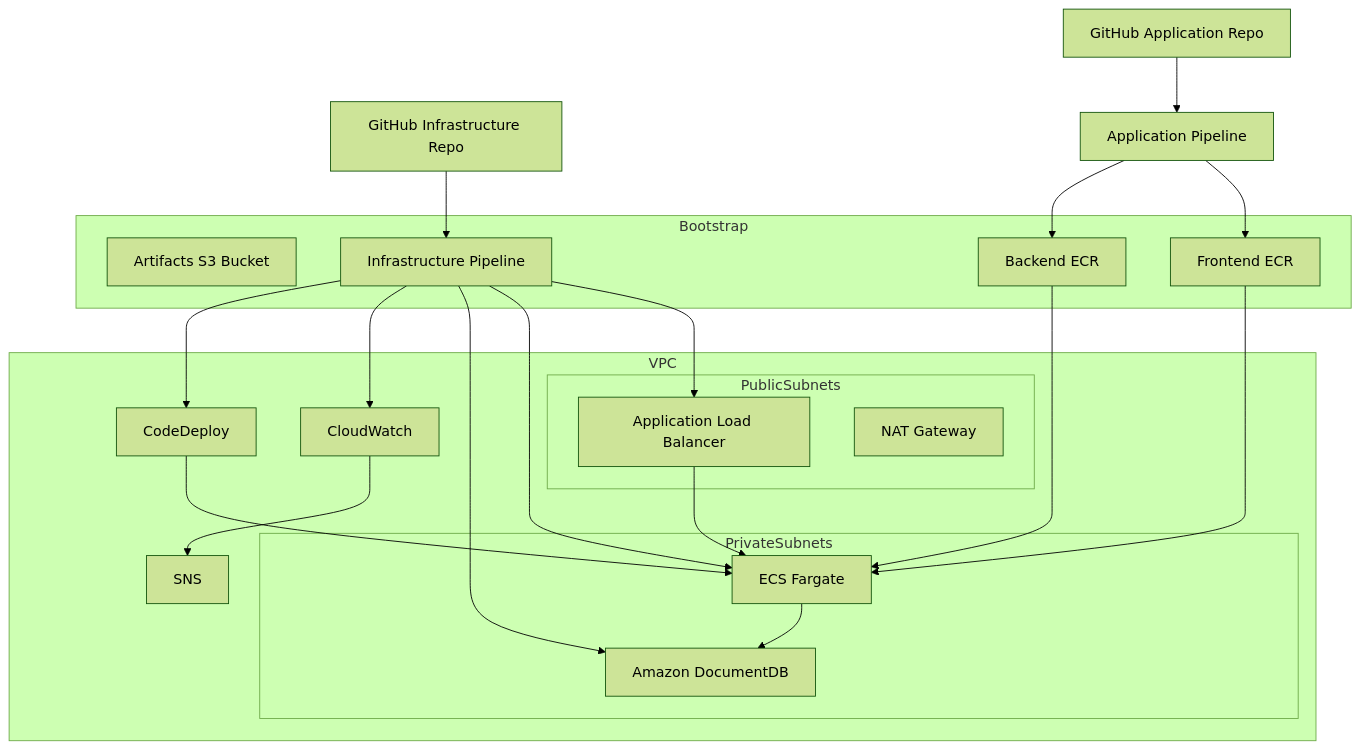
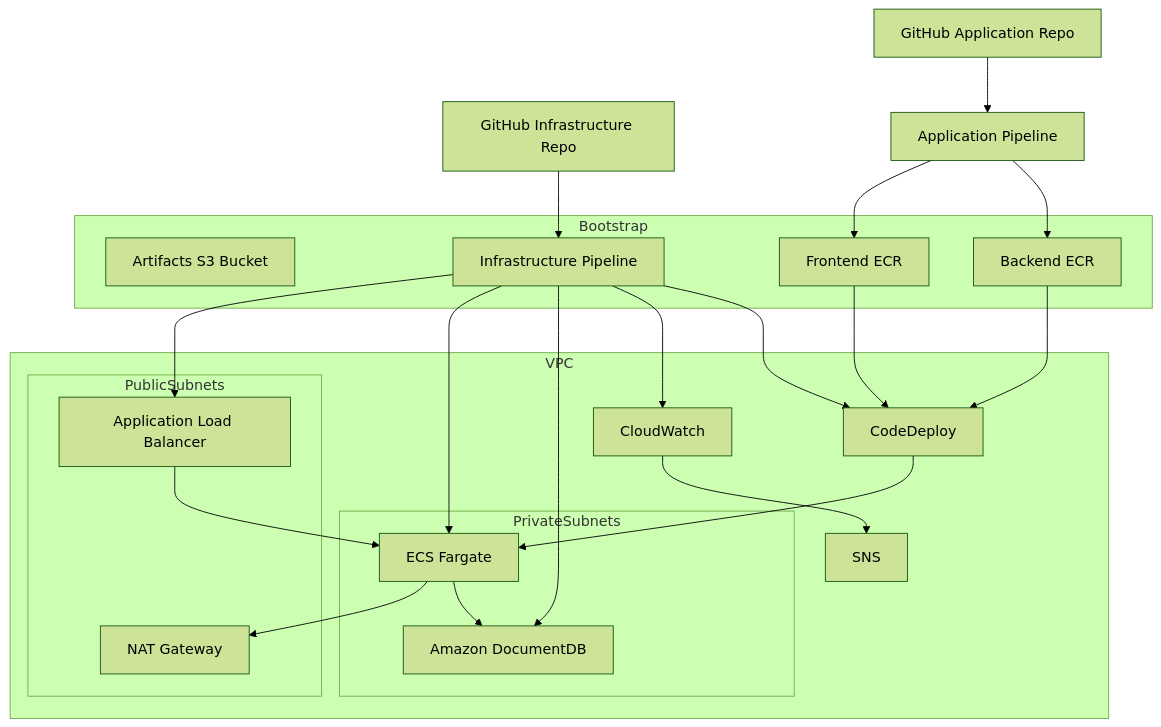
Before and after one commit to phyomauk/terraform-my-web-application: the first of 3 diagrams in README.md, drawn with Mermaid (forest theme).

Commit message:
updated archt diagram

````diff
--- a/README.md
+++ b/README.md
@@ -148,52 +148,54 @@
 ```mermaid
 graph TB
 
 GitHubInfra["GitHub Infrastructure Repo"]
 GitHubApp["GitHub Application Repo"]
 
 subgraph Bootstrap
     ArtifactBucket["Artifacts S3 Bucket"]
     ECRFrontend["Frontend ECR"]
     ECRBackend["Backend ECR"]
     InfraPipeline["Infrastructure Pipeline"]
 end
 
 subgraph VPC
     subgraph PublicSubnets
         ALB["Application Load Balancer"]
         NAT["NAT Gateway"]
     end
 
     subgraph PrivateSubnets
         ECS["ECS Fargate"]
         DocDB["Amazon DocumentDB"]
     end
 
     CloudWatch["CloudWatch"]
     SNS["SNS"]
     CodeDeploy["CodeDeploy"]
 end
 
 GitHubInfra --> InfraPipeline
 
 GitHubApp --> AppPipeline["Application Pipeline"]
 
 InfraPipeline --> ALB
 InfraPipeline --> ECS
 InfraPipeline --> DocDB
 InfraPipeline --> CloudWatch
 InfraPipeline --> CodeDeploy
 
 AppPipeline --> ECRFrontend
 AppPipeline --> ECRBackend
 
-ECRFrontend --> ECS
-ECRBackend --> ECS
+ECRFrontend --> CodeDeploy
+ECRBackend --> CodeDeploy
 
 CodeDeploy --> ECS
+
+ECS --> NAT
 
 ALB --> ECS
 ECS --> DocDB
 
 CloudWatch --> SNS
 ```
````
